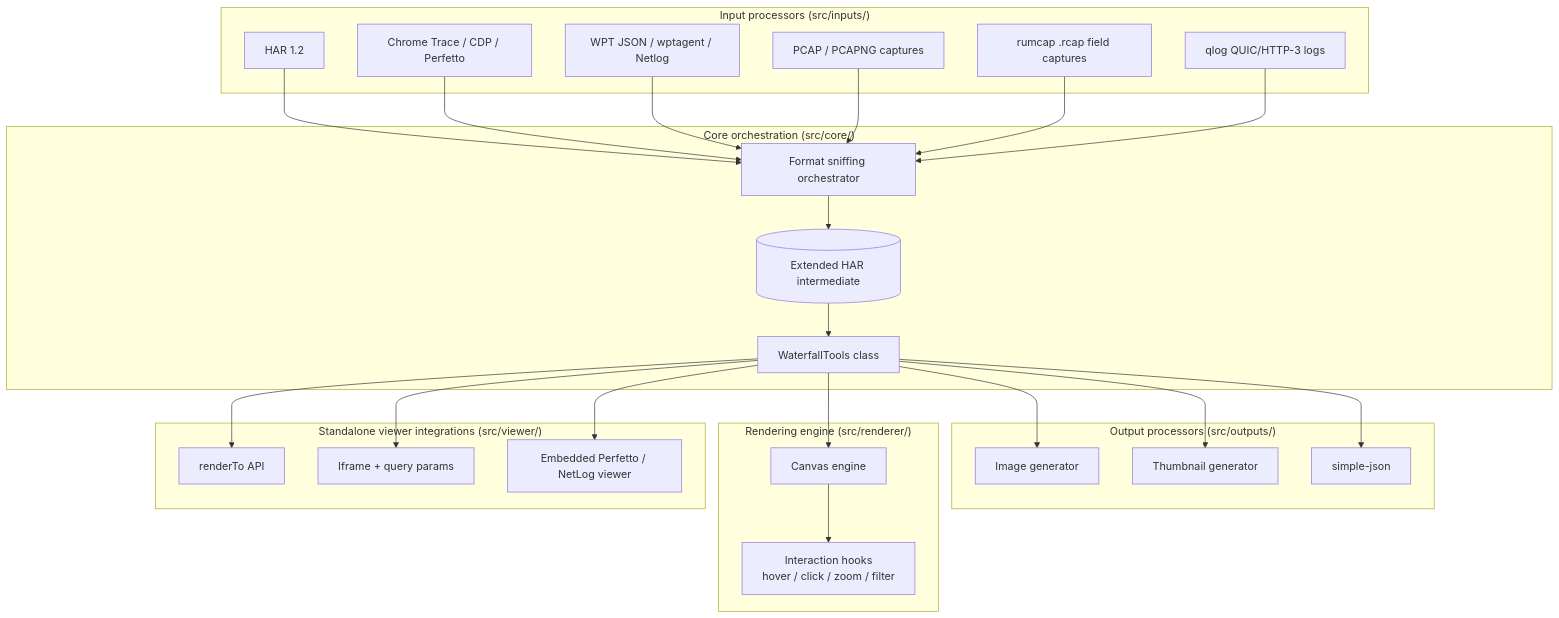
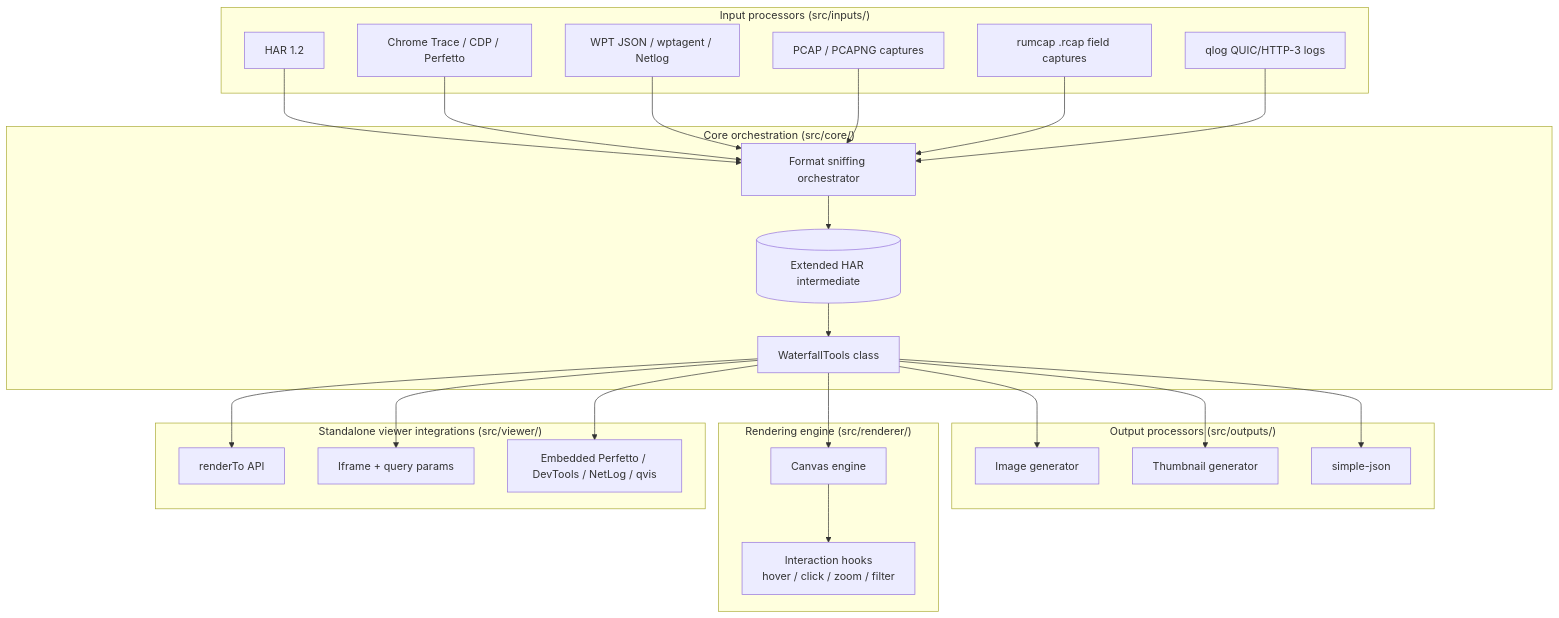
One commit to pmeenan/waterfall-tools changed the diagram in Docs/Architecture.md. Above: the diagram before and after it, drawn with Mermaid. The commit also changed other lines of this file and 24 other files, not shown here.

````diff
--- a/Docs/Architecture.md
+++ b/Docs/Architecture.md
@@ -16,55 +16,55 @@
 ```mermaid
 graph TD
     subgraph Inputs ["Input processors (src/inputs/)"]
         HAR[HAR 1.2]
         ChromeTrace[Chrome Trace / CDP / Perfetto]
         WPT[WPT JSON / wptagent / Netlog]
         Tcpdump[PCAP / PCAPNG captures]
         Rumcap[rumcap .rcap field captures]
         Qlog[qlog QUIC/HTTP-3 logs]
     end
 
     subgraph Core ["Core orchestration (src/core/)"]
         Orchestrator[Format sniffing orchestrator]
         HAR_Ext[(Extended HAR intermediate)]
         Conductor[WaterfallTools class]
     end
 
     subgraph Outputs ["Output processors (src/outputs/)"]
         ImageGen[Image generator]
         ThumbGen[Thumbnail generator]
         JSONGen[simple-json]
     end
 
     subgraph Renderer ["Rendering engine (src/renderer/)"]
         Canvas[Canvas engine]
         Interactions[Interaction hooks<br/>hover / click / zoom / filter]
     end
 
     subgraph Viewer ["Standalone viewer integrations (src/viewer/)"]
         DirectEmbed[renderTo API]
         Iframe[Iframe + query params]
-        External[Embedded Perfetto / NetLog viewer]
+        External[Embedded Perfetto / DevTools / NetLog / qvis]
     end
 
     HAR --> Orchestrator
     ChromeTrace --> Orchestrator
     WPT --> Orchestrator
     Tcpdump --> Orchestrator
     Rumcap --> Orchestrator
     Qlog --> Orchestrator
 
     Orchestrator --> HAR_Ext
     HAR_Ext --> Conductor
 
     Conductor --> ImageGen
     Conductor --> ThumbGen
     Conductor --> JSONGen
 
     Conductor --> Canvas
     Canvas --> Interactions
 
     Conductor --> DirectEmbed
     Conductor --> Iframe
     Conductor --> External
 ```
````
